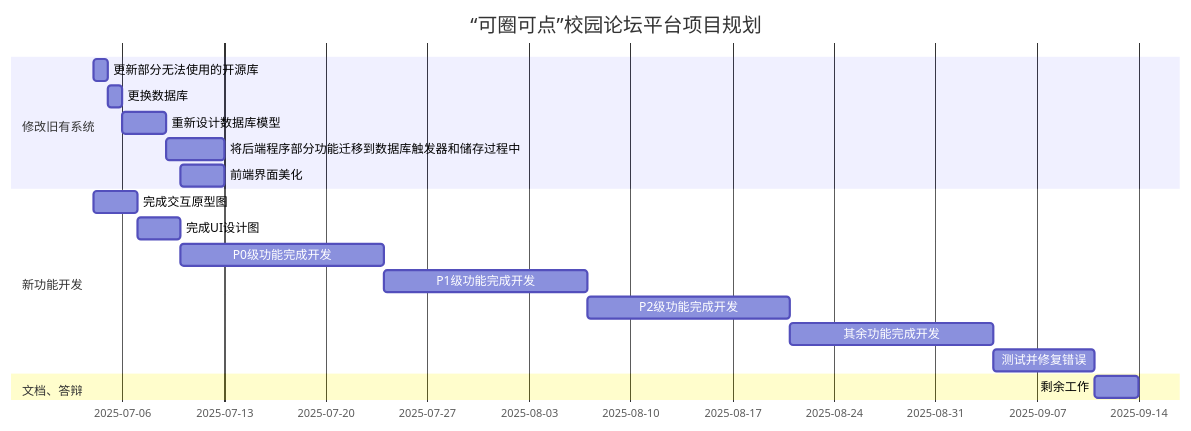
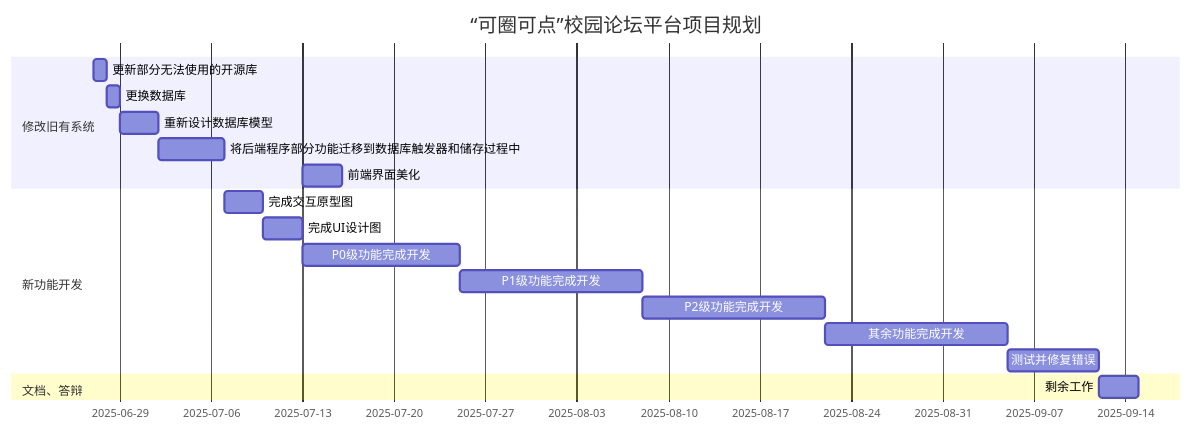
Before and after one commit to gujial/school-forum: the diagram in “可圈可点”校园论坛平台产品文档.md, drawn with Mermaid.

````diff
--- a/“可圈可点”校园论坛平台产品文档.md
+++ b/“可圈可点”校园论坛平台产品文档.md
@@ -108,39 +108,39 @@
 ```mermaid
 gantt
 
 title “可圈可点”校园论坛平台项目规划
 
 dateFormat YYYY-MM-DD
 
 section 修改旧有系统
 
-更新部分无法使用的开源库:2025-07-04, 1d
+更新部分无法使用的开源库:2025-06-27, 1d
 
 更换数据库:1d
 
 重新设计数据库模型:3d
 
-将后端程序部分功能迁移到数据库触发器和储存过程中:4d
+将后端程序部分功能迁移到数据库触发器和储存过程中:5d
 
 前端界面美化:after b2, 3d
 
 section 新功能开发
 
-完成交互原型图: 2025-07-04, 3d
+完成交互原型图: 2025-07-07, 3d
 
-完成UI设计图: b2,2025-07-07, 3d
+完成UI设计图: b2,2025-07-10, 3d
 
-P0级功能完成开发: 14d
+P0级功能完成开发: 12d
 
 P1级功能完成开发: 14d
 
 P2级功能完成开发: 14d
 
 其余功能完成开发: 14d
 
 测试并修复错误: 7d
 
 section 文档、答辩
 
 剩余工作 :3d
 ```
````
